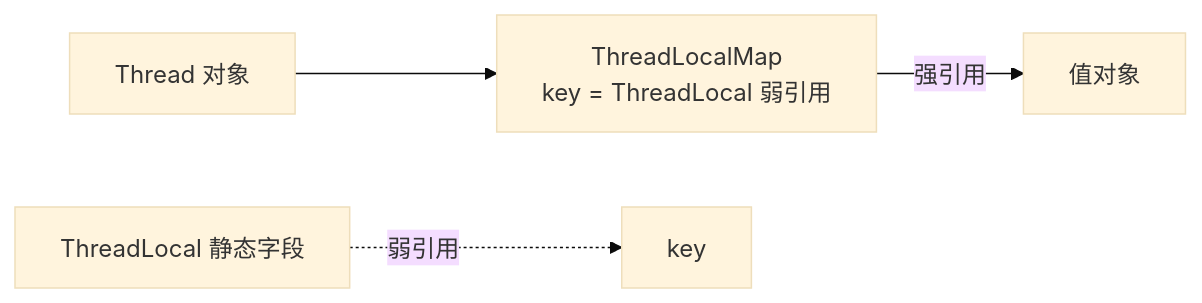
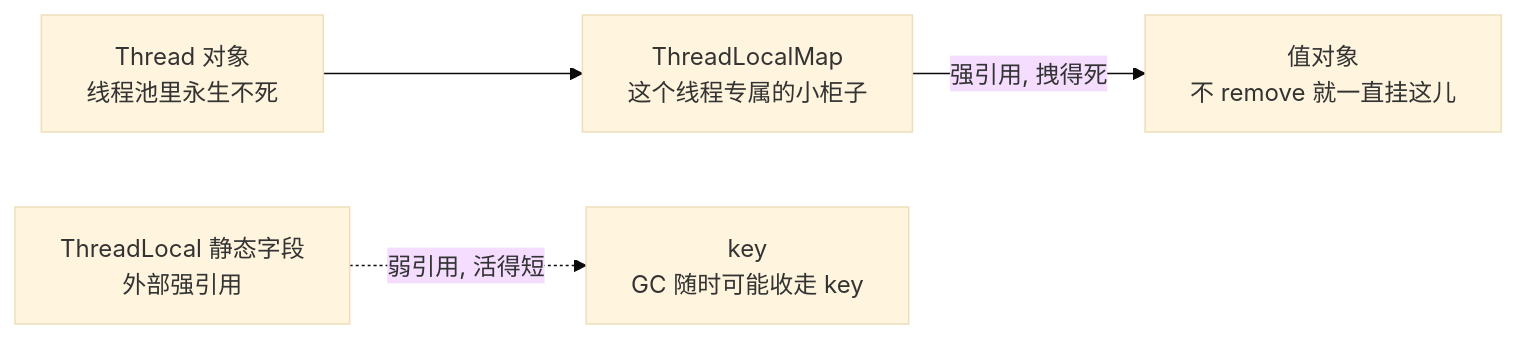
Before and after one commit to umlink/java-full-stack: the third of 3 diagrams in docs/01-阶段一-Java语言深化与JVM体系/05-JMM并发内存模型.md, drawn with Mermaid (base theme). The commit also changed other lines of this file and 21 other files, not shown here.

````diff
--- a/docs/01-阶段一-Java语言深化与JVM体系/05-JMM并发内存模型.md
+++ b/docs/01-阶段一-Java语言深化与JVM体系/05-JMM并发内存模型.md
@@ -200,6 +230,6 @@
 ```mermaid
 flowchart LR
-    T[Thread 对象] --> M[ThreadLocalMap<br/>key = ThreadLocal 弱引用]
-    M -->|强引用| V[值对象]
-    TL[ThreadLocal 静态字段] -.弱引用.-> K[key]
+    T[Thread 对象<br/>线程池里永生不死] --> M[ThreadLocalMap<br/>这个线程专属的小柜子]
+    M -->|强引用, 拽得死| V[值对象<br/>不 remove 就一直挂这儿]
+    TL[ThreadLocal 静态字段<br/>外部强引用] -.弱引用, 活得短.-> K[key<br/>GC 随时可能收走 key]
 ```
````
